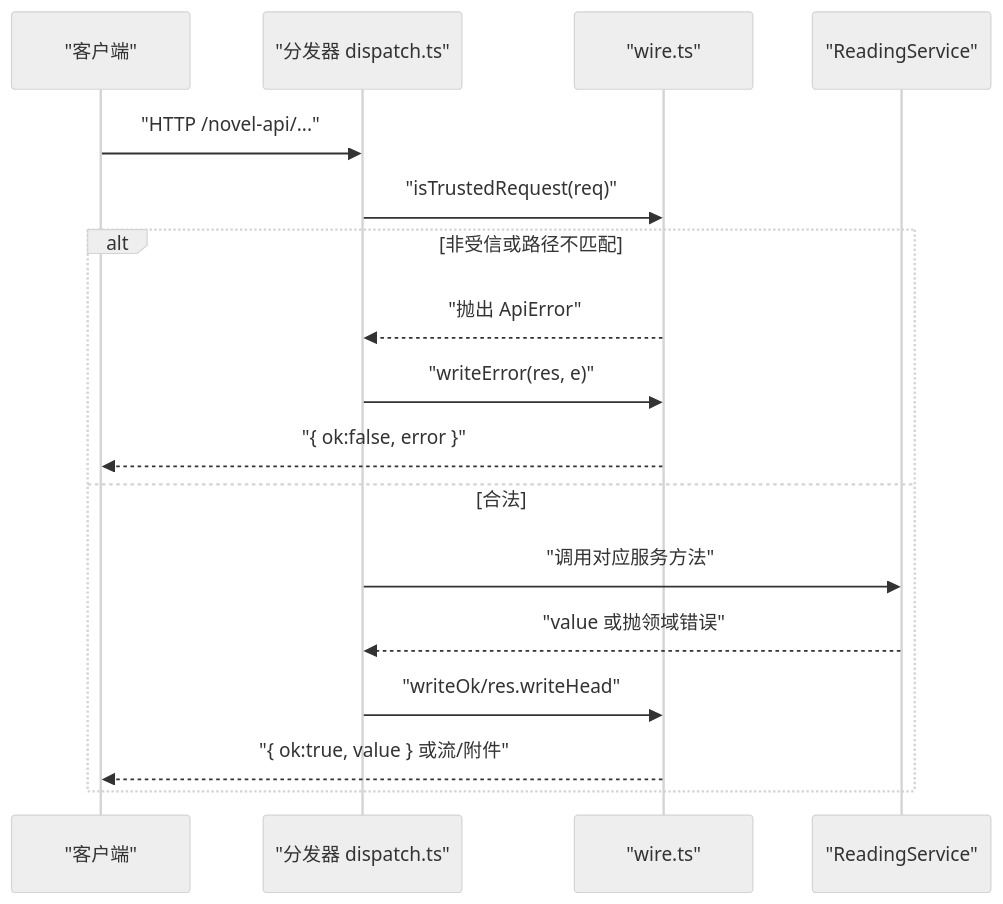
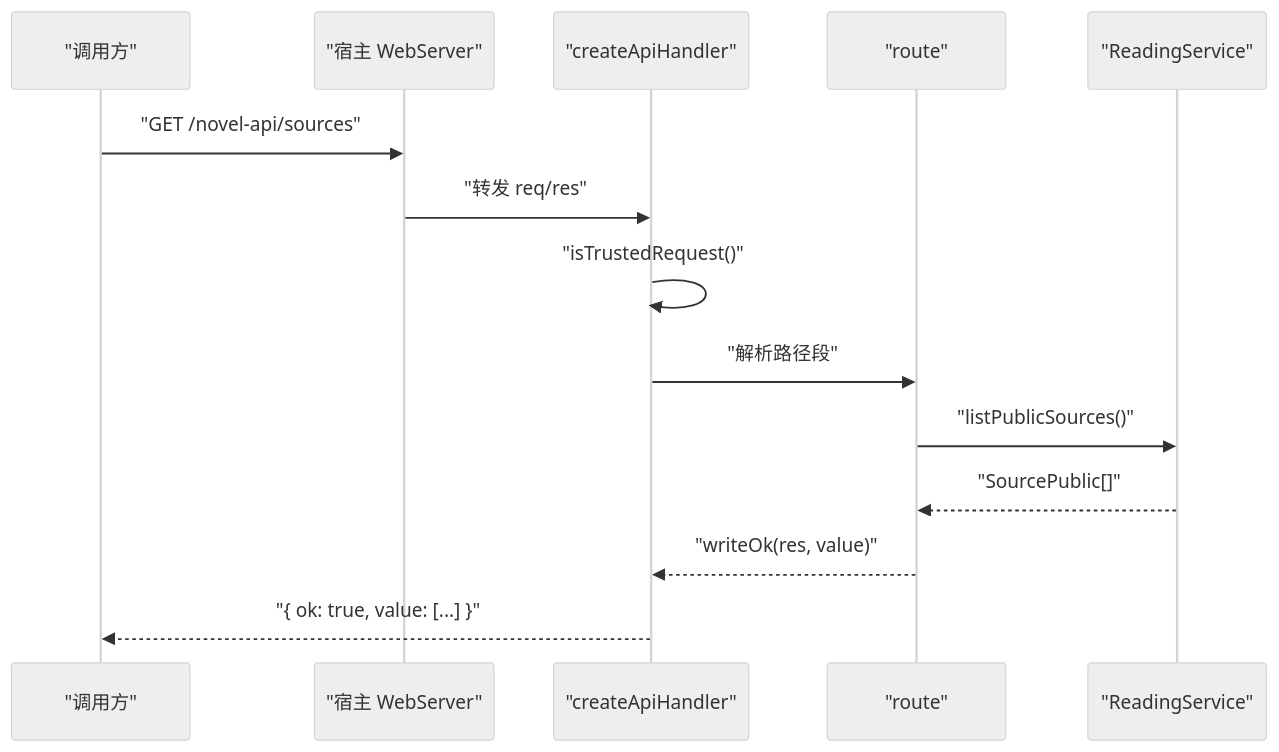
The second of 3 diagrams in .qoder/repowiki/zh/content/HTTP API 参考/HTTP API 参考.md (xrn1997/dsh-novel), drawn with Mermaid (neutral theme) before and after one commit. The commit also changed other lines of this file and 73 other files, not shown here.

````diff
--- a/.qoder/repowiki/zh/content/HTTP API 参考/HTTP API 参考.md
+++ b/.qoder/repowiki/zh/content/HTTP API 参考/HTTP API 参考.md
@@ -66,20 +81,17 @@
 ```mermaid
 sequenceDiagram
-    participant C as "客户端"
-    participant D as "分发器 dispatch.ts"
-    participant W as "wire.ts"
-    participant S as "ReadingService"
+  participant Client as "调用方"
+  participant Host as "宿主 WebServer"
+  participant Dispatch as "createApiHandler"
+  participant Route as "route"
+  participant Service as "ReadingService"
 
-    C->>D: "HTTP /novel-api/..."
-    D->>W: "isTrustedRequest(req)"
-    alt 非受信或路径不匹配
-        W-->>D: "抛出 ApiError"
-        D->>W: "writeError(res, e)"
-        W-->>C: "{ ok:false, error }"
-    else 合法
-        D->>S: "调用对应服务方法"
-        S-->>D: "value 或抛领域错误"
-        D->>W: "writeOk/res.writeHead"
-        W-->>C: "{ ok:true, value } 或流/附件"
-    end
+  Client->>Host: "GET /novel-api/sources"
+  Host->>Dispatch: "转发 req/res"
+  Dispatch->>Dispatch: "isTrustedRequest()"
+  Dispatch->>Route: "解析路径段"
+  Route->>Service: "listPublicSources()"
+  Service-->>Route: "SourcePublic[]"
+  Route-->>Dispatch: "writeOk(res, value)"
+  Dispatch-->>Client: "{ ok: true, value: [...] }"
 ```
````
